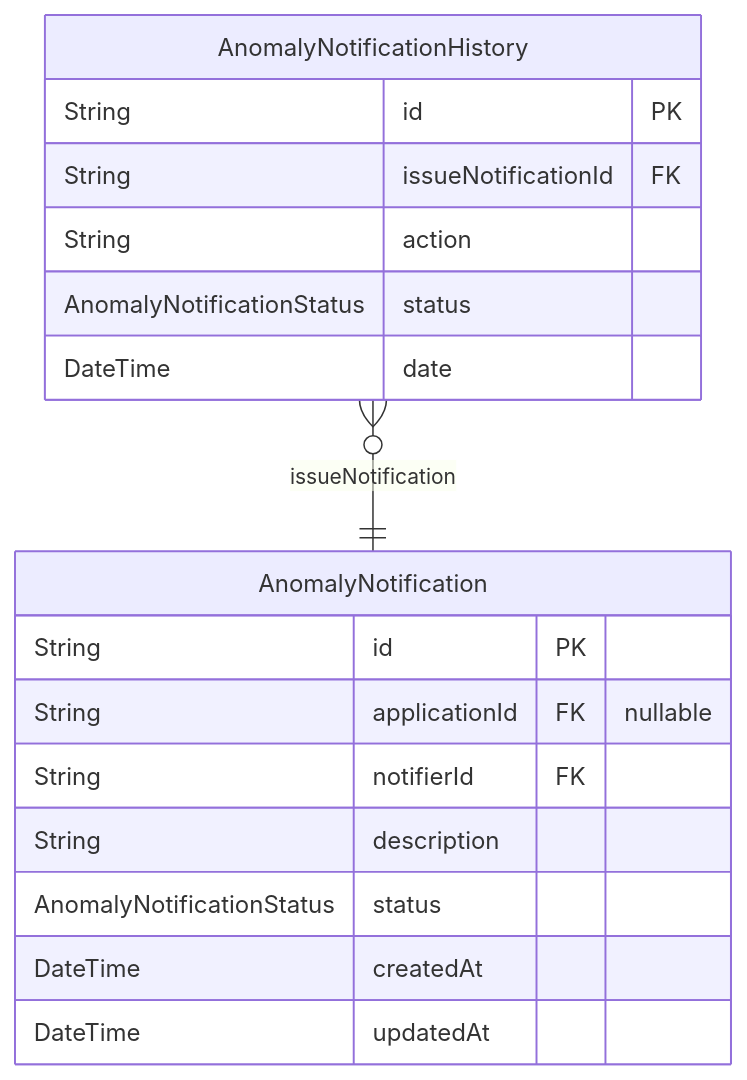
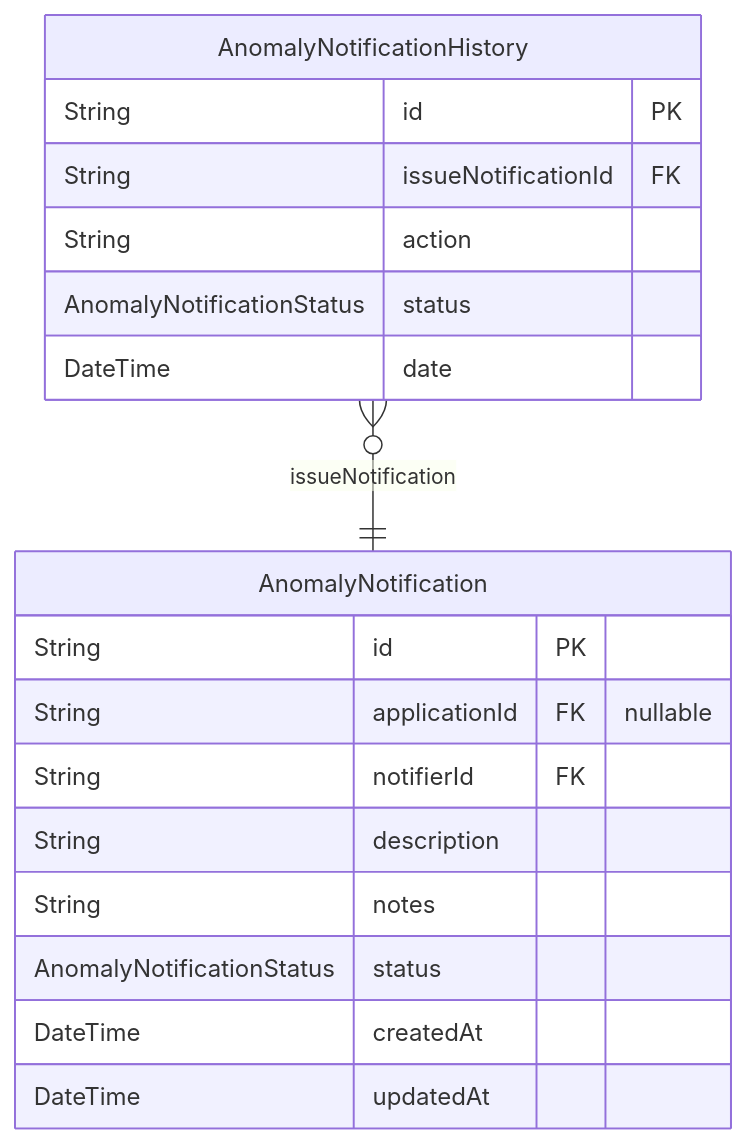
One commit to dnum-mi/referentiel-applications changed the first of 8 diagrams in backend/prisma/docs/schema.md. Above: the diagram before and after it, drawn with Mermaid. The commit also changed other lines of this file and 2 other files, not shown here.

Commit message:
fix: :bug: wrong display of email if it was empty

````diff
--- a/backend/prisma/docs/schema.md
+++ b/backend/prisma/docs/schema.md
@@ -16,20 +16,21 @@
 ```mermaid
 erDiagram
 "AnomalyNotification" {
   String id PK
   String applicationId FK "nullable"
   String notifierId FK
   String description
+  String notes
   AnomalyNotificationStatus status
   DateTime createdAt
   DateTime updatedAt
 }
 "AnomalyNotificationHistory" {
   String id PK
   String issueNotificationId FK
   String action
   AnomalyNotificationStatus status
   DateTime date
 }
 "AnomalyNotificationHistory" }o--|| "AnomalyNotification" : issueNotification
 ```
````
